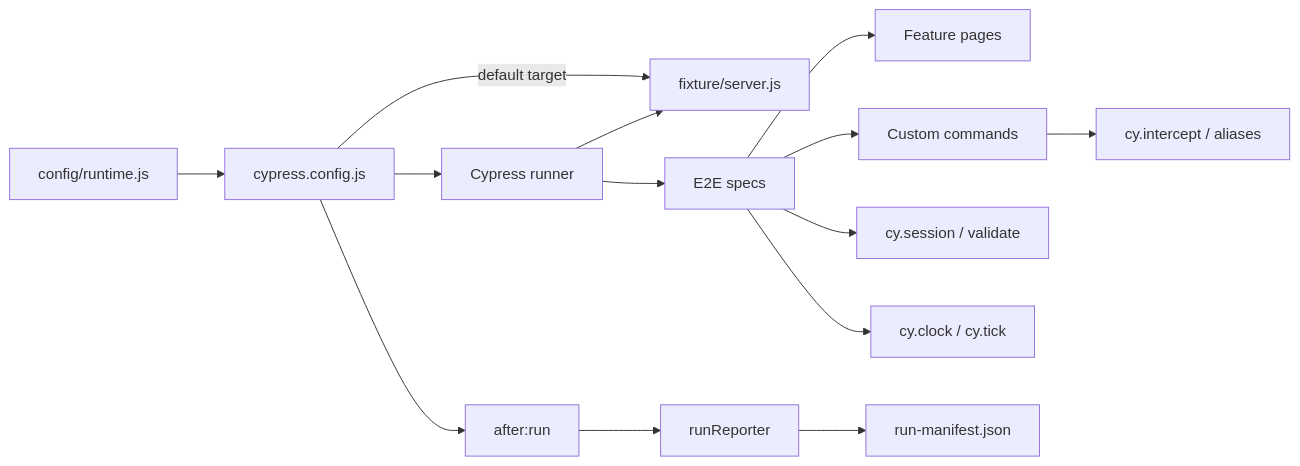
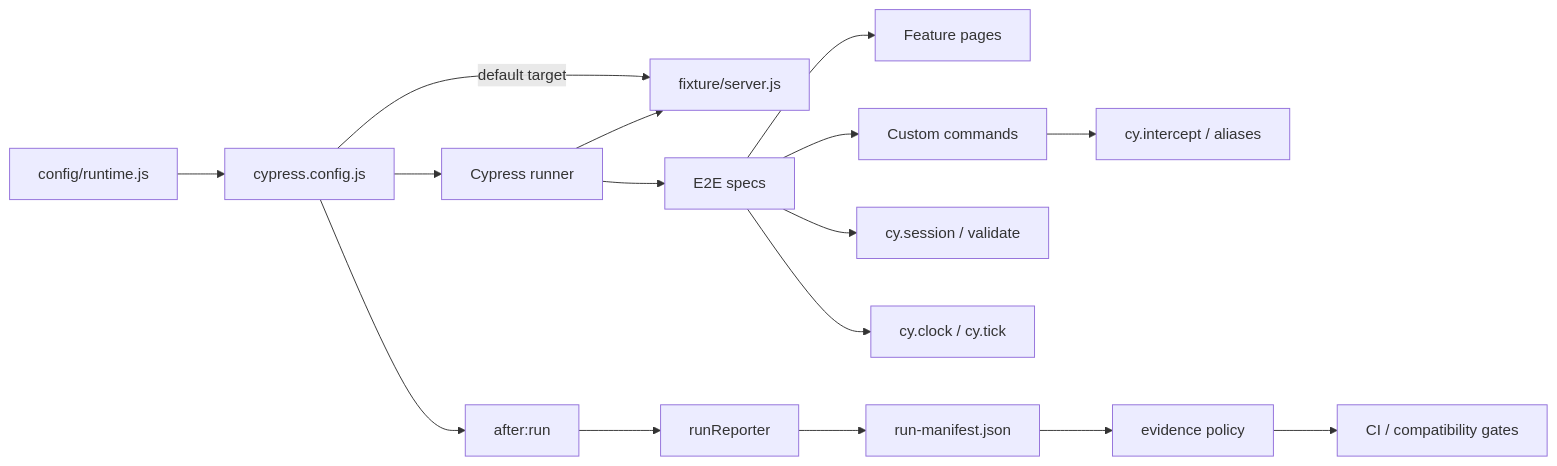
Before and after one commit to portyu9/qa-automation-ui-cypress: the diagram in docs/ARCHITECTURE.md, drawn with Mermaid. The commit also changed other lines of this file, not shown here.

Commit message:
Align Cypress architecture with current LTS gates

````diff
--- a/docs/ARCHITECTURE.md
+++ b/docs/ARCHITECTURE.md
@@ -7,16 +7,18 @@
 ```mermaid
 flowchart LR
     CFG[config/runtime.js] --> CC[cypress.config.js]
     CC --> CY[Cypress runner]
     CC -->|default target| FX[fixture/server.js]
     CY --> SPEC[E2E specs]
     SPEC --> PAGE[Feature pages]
     SPEC --> CMD[Custom commands]
     CMD --> INT[cy.intercept / aliases]
     SPEC --> SESSION[cy.session / validate]
     SPEC --> CLOCK[cy.clock / cy.tick]
     CY --> FX
     CC --> RUN[after:run]
     RUN --> REP[runReporter]
     REP --> MAN[run-manifest.json]
+    MAN --> EV[evidence policy]
+    EV --> GATE[CI / compatibility gates]
 ```
````
